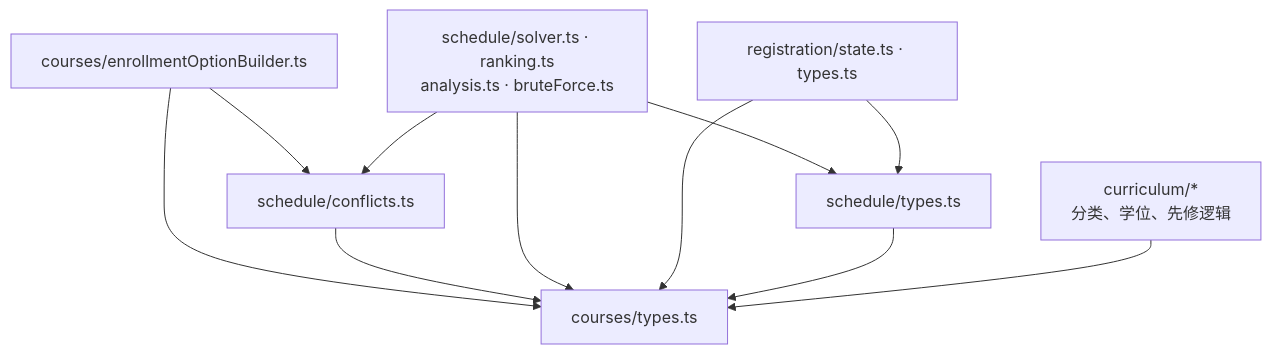
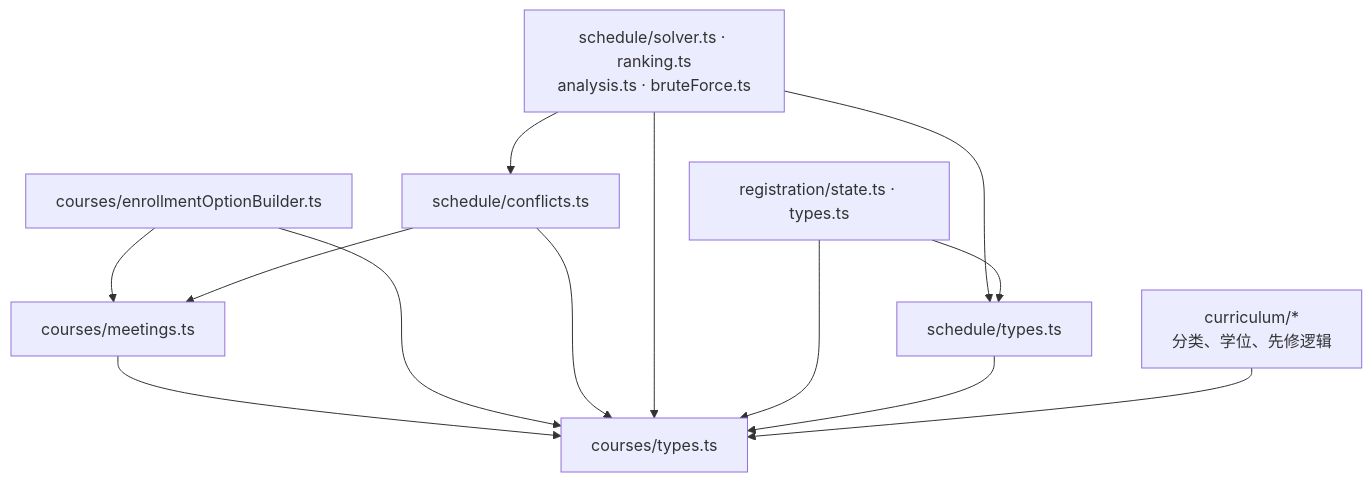
Before and after one commit to giltram/albert-enhancer: the diagram in src/core/README.md, drawn with Mermaid. The commit also changed other lines of this file and 29 other files, not shown here.

````diff
--- a/src/core/README.md
+++ b/src/core/README.md
@@ -20,13 +20,15 @@
 ```mermaid
 flowchart TD
-  builder["courses/enrollmentOptionBuilder.ts"] --> conflicts["schedule/conflicts.ts"]
+  builder["courses/enrollmentOptionBuilder.ts"] --> overlap["courses/meetings.ts"]
+  conflicts["schedule/conflicts.ts"] --> overlap
+  overlap --> courseTypes
   builder --> courseTypes["courses/types.ts"]
   conflicts --> courseTypes
   schedule["schedule/solver.ts · ranking.ts<br/>analysis.ts · bruteForce.ts"] --> conflicts
   schedule --> scheduleTypes["schedule/types.ts"]
   schedule --> courseTypes
   registration["registration/state.ts · types.ts"] --> scheduleTypes
   registration --> courseTypes
   scheduleTypes --> courseTypes
   curriculum["curriculum/*<br/>分类、学位、先修逻辑"] --> courseTypes
 ```
````
